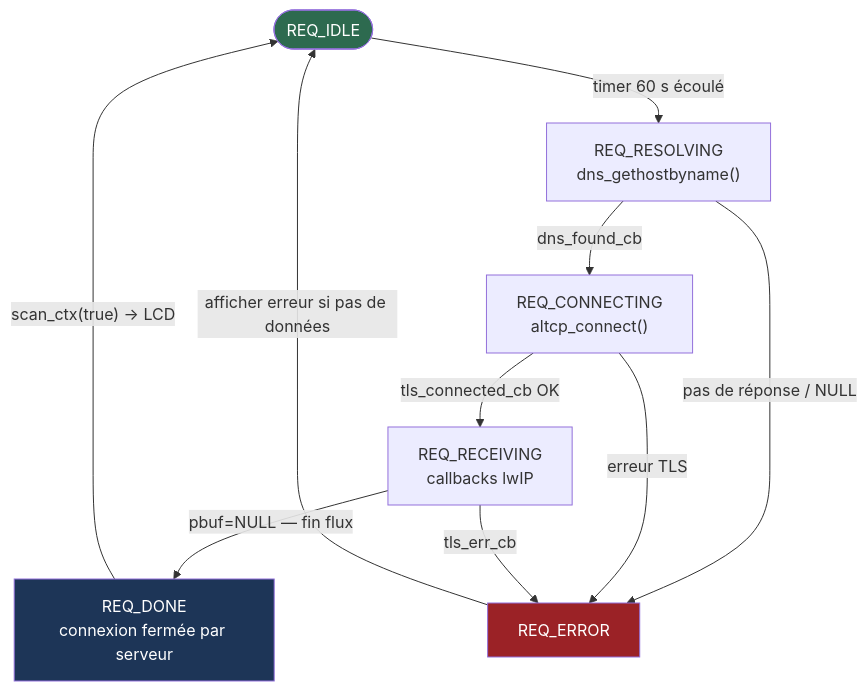
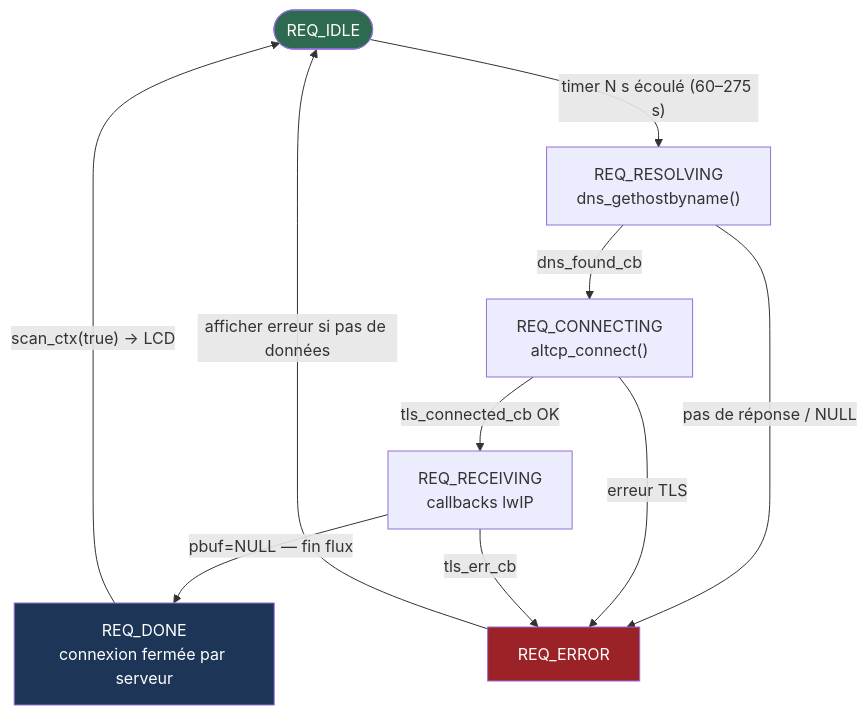
The seventh of 7 diagrams in README.md (BNJ02/transilien_lcd), drawn with Mermaid before and after one commit. The commit also changed other lines of this file and 1 other file, not shown here.

````diff
--- a/README.md
+++ b/README.md
@@ -426,23 +430,23 @@
 ```mermaid
 graph TD
     IDLE(["REQ_IDLE"])
     RESOLVING["REQ_RESOLVING<br/>dns_gethostbyname()"]
     CONNECTING["REQ_CONNECTING<br/>altcp_connect()"]
     RECEIVING["REQ_RECEIVING<br/>callbacks lwIP"]
     DONE["REQ_DONE<br/>connexion fermée par serveur"]
     ERROR["REQ_ERROR"]
 
-    IDLE -->|"timer 60 s écoulé"| RESOLVING
+    IDLE -->|"timer N s écoulé (60–275 s)"| RESOLVING
     RESOLVING -->|"dns_found_cb"| CONNECTING
     RESOLVING -->|"pas de réponse / NULL"| ERROR
     CONNECTING -->|"tls_connected_cb OK"| RECEIVING
     CONNECTING -->|"erreur TLS"| ERROR
     RECEIVING -->|"pbuf=NULL — fin flux"| DONE
     RECEIVING -->|"tls_err_cb"| ERROR
     DONE -->|"scan_ctx(true) → LCD"| IDLE
     ERROR -->|"afficher erreur si pas de données"| IDLE
 
     style IDLE fill:#2d6a4f,color:#fff
     style DONE fill:#1d3557,color:#fff
     style ERROR fill:#9b2226,color:#fff
 ```
````
